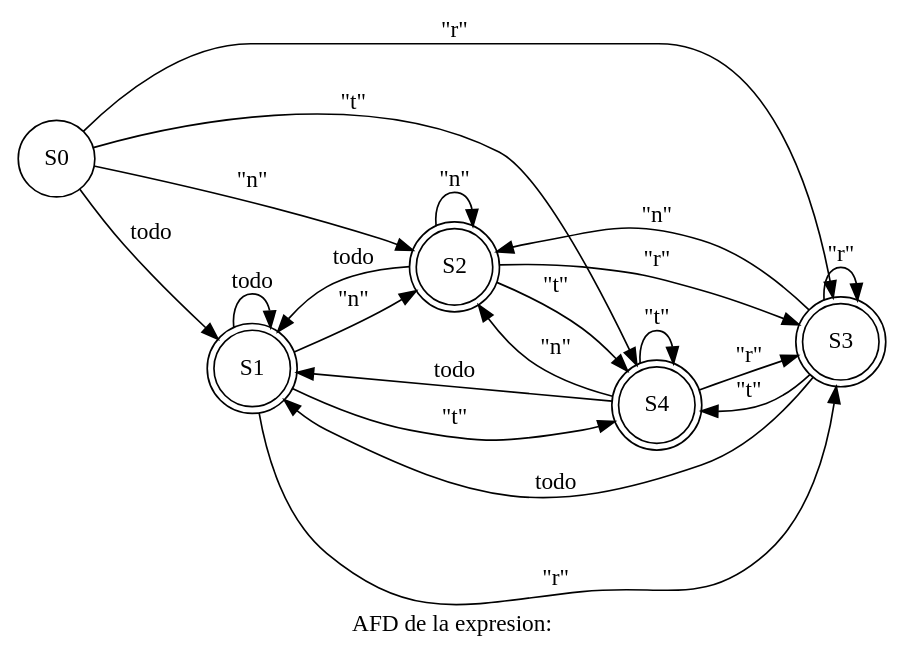
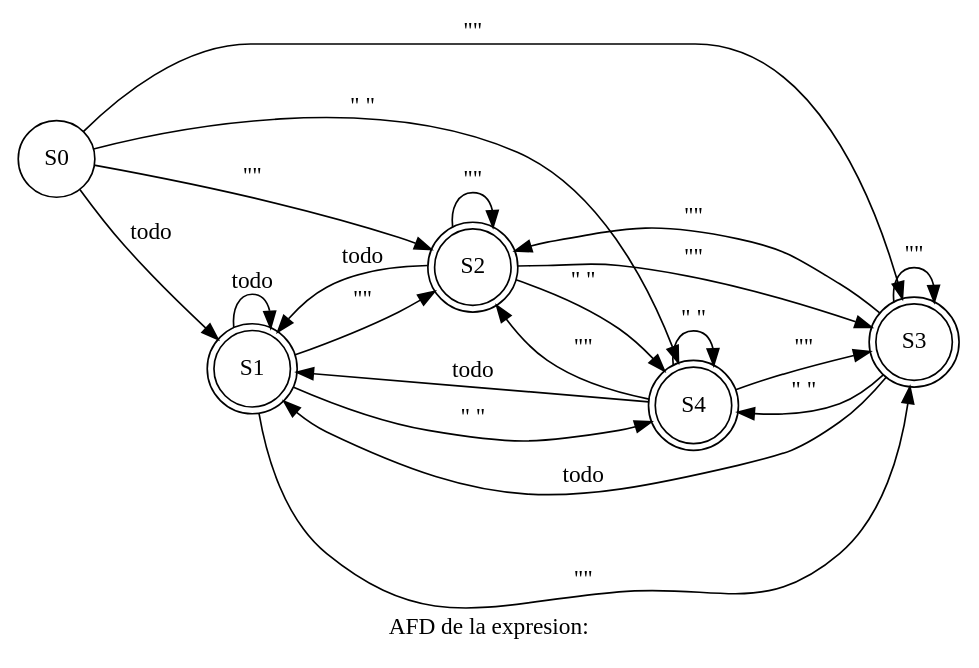
Before and after one commit to elimazariegosr/OLC1_Proyecto1_201709426: the diagram in OLC_Proyecto1_201709426/bin/Debug/afd_TODO.dot, drawn with Graphviz. The commit also changed 90 other files, not shown here.

```diff
--- a/OLC_Proyecto1_201709426/bin/Debug/afd_TODO.dot
+++ b/OLC_Proyecto1_201709426/bin/Debug/afd_TODO.dot
@@ -1,31 +1,41 @@
 digraph dot{
 rankdir=LR;
  node[shape="circle"];
 label = "AFD de la expresion:";
 S0[label = "S0"];
 S0->S1[label="todo"];
-S1[shape = "doublecircle"];S0->S2[label="\"n\""];
-S2[shape = "doublecircle"];S0->S3[label="\"r\""];
-S3[shape = "doublecircle"];S0->S4[label="\"t\""];
+S1[shape = "doublecircle"];S0->S2[label="\"
+\""];
+S2[shape = "doublecircle"];S0->S3[label="\"
+\""];
+S3[shape = "doublecircle"];S0->S4[label="\"	\""];
 S4[shape = "doublecircle"];S1[label = "S1"];
 S1->S1[label="todo"];
-S1[shape = "doublecircle"];S1->S2[label="\"n\""];
-S2[shape = "doublecircle"];S1->S3[label="\"r\""];
-S3[shape = "doublecircle"];S1->S4[label="\"t\""];
+S1[shape = "doublecircle"];S1->S2[label="\"
+\""];
+S2[shape = "doublecircle"];S1->S3[label="\"
+\""];
+S3[shape = "doublecircle"];S1->S4[label="\"	\""];
 S4[shape = "doublecircle"];S2[label = "S2"];
 S2->S1[label="todo"];
-S1[shape = "doublecircle"];S2->S2[label="\"n\""];
-S2[shape = "doublecircle"];S2->S3[label="\"r\""];
-S3[shape = "doublecircle"];S2->S4[label="\"t\""];
+S1[shape = "doublecircle"];S2->S2[label="\"
+\""];
+S2[shape = "doublecircle"];S2->S3[label="\"
+\""];
+S3[shape = "doublecircle"];S2->S4[label="\"	\""];
 S4[shape = "doublecircle"];S3[label = "S3"];
 S3->S1[label="todo"];
-S1[shape = "doublecircle"];S3->S2[label="\"n\""];
-S2[shape = "doublecircle"];S3->S3[label="\"r\""];
-S3[shape = "doublecircle"];S3->S4[label="\"t\""];
+S1[shape = "doublecircle"];S3->S2[label="\"
+\""];
+S2[shape = "doublecircle"];S3->S3[label="\"
+\""];
+S3[shape = "doublecircle"];S3->S4[label="\"	\""];
 S4[shape = "doublecircle"];S4[label = "S4"];
 S4->S1[label="todo"];
-S1[shape = "doublecircle"];S4->S2[label="\"n\""];
-S2[shape = "doublecircle"];S4->S3[label="\"r\""];
-S3[shape = "doublecircle"];S4->S4[label="\"t\""];
+S1[shape = "doublecircle"];S4->S2[label="\"
+\""];
+S2[shape = "doublecircle"];S4->S3[label="\"
+\""];
+S3[shape = "doublecircle"];S4->S4[label="\"	\""];
 S4[shape = "doublecircle"];
 }
```
